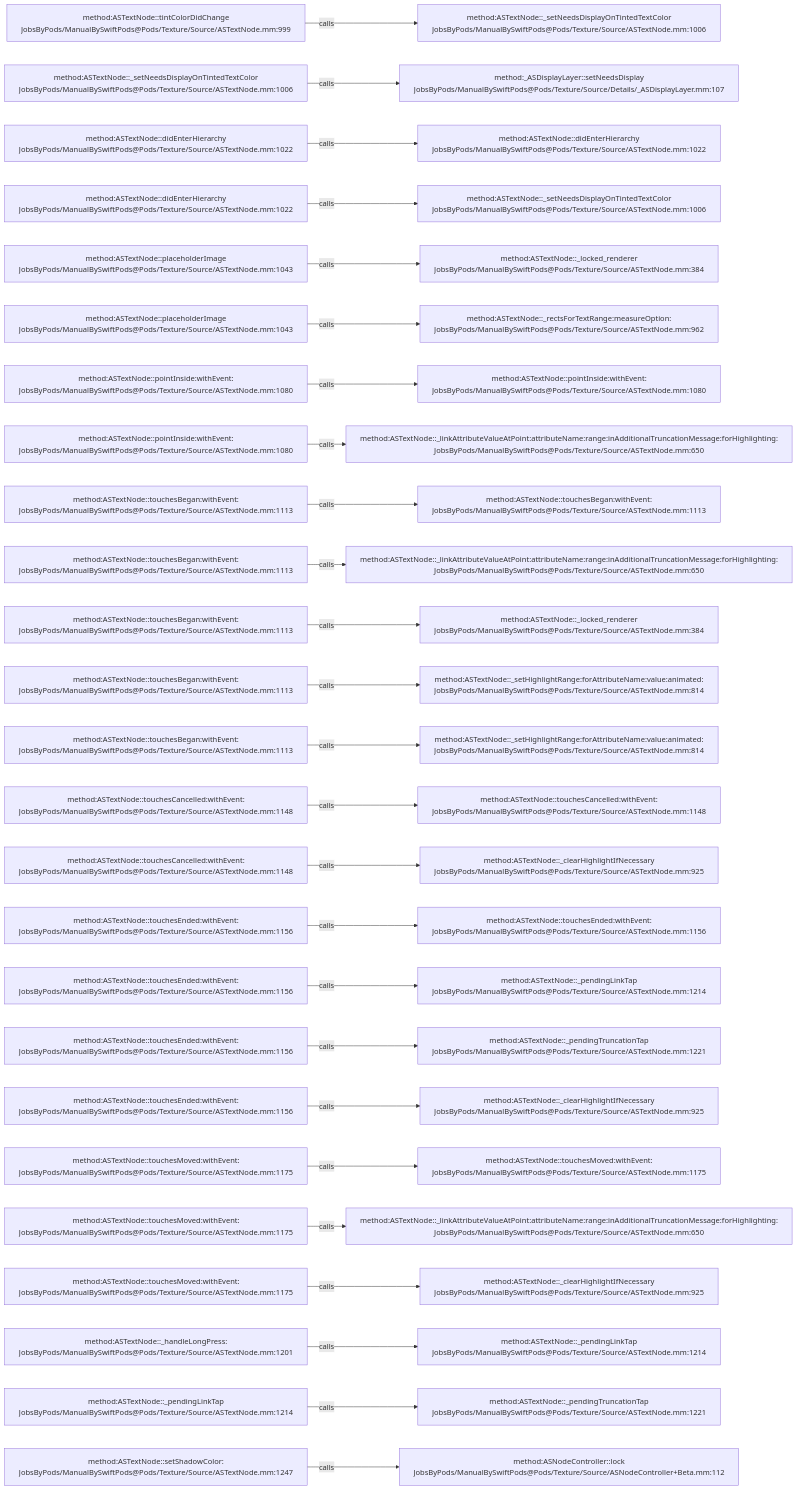
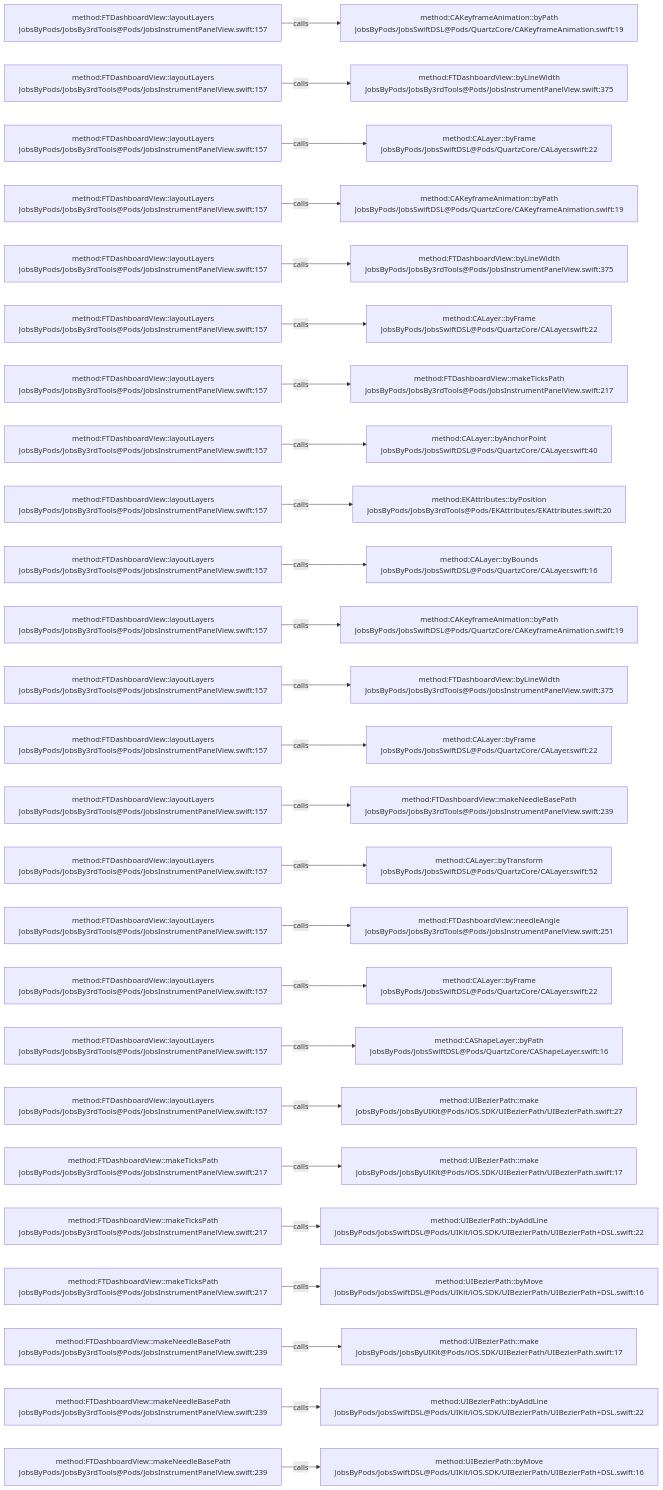
Before and after one commit to JobsKits/JobsSwiftBaseConfigDemo: the diagram in .codegraph/codegraph.md/graphs/calls-068.md, drawn with Mermaid. The commit also changed 224 other files, not shown here.

````diff
--- a/.codegraph/codegraph.md/graphs/calls-068.md
+++ b/.codegraph/codegraph.md/graphs/calls-068.md
@@ -13,78 +13,78 @@
 ```mermaid
 flowchart LR
-  S1["method:ASTextNode::tintColorDidChange<br/>JobsByPods/ManualBySwiftPods@Pods/Texture/Source/ASTextNode.mm:999"]
-  T1["method:ASTextNode::_setNeedsDisplayOnTintedTextColor<br/>JobsByPods/ManualBySwiftPods@Pods/Texture/Source/ASTextNode.mm:1006"]
+  S1["method:FTDashboardView::layoutLayers<br/>JobsByPods/JobsBy3rdTools@Pods/JobsInstrumentPanelView.swift:157"]
+  T1["method:CAKeyframeAnimation::byPath<br/>JobsByPods/JobsSwiftDSL@Pods/QuartzCore/CAKeyframeAnimation.swift:19"]
   S1 -->|calls| T1
-  S2["method:ASTextNode::_setNeedsDisplayOnTintedTextColor<br/>JobsByPods/ManualBySwiftPods@Pods/Texture/Source/ASTextNode.mm:1006"]
-  T2["method:_ASDisplayLayer::setNeedsDisplay<br/>JobsByPods/ManualBySwiftPods@Pods/Texture/Source/Details/_ASDisplayLayer.mm:107"]
+  S2["method:FTDashboardView::layoutLayers<br/>JobsByPods/JobsBy3rdTools@Pods/JobsInstrumentPanelView.swift:157"]
+  T2["method:FTDashboardView::byLineWidth<br/>JobsByPods/JobsBy3rdTools@Pods/JobsInstrumentPanelView.swift:375"]
   S2 -->|calls| T2
-  S3["method:ASTextNode::didEnterHierarchy<br/>JobsByPods/ManualBySwiftPods@Pods/Texture/Source/ASTextNode.mm:1022"]
-  T3["method:ASTextNode::didEnterHierarchy<br/>JobsByPods/ManualBySwiftPods@Pods/Texture/Source/ASTextNode.mm:1022"]
+  S3["method:FTDashboardView::layoutLayers<br/>JobsByPods/JobsBy3rdTools@Pods/JobsInstrumentPanelView.swift:157"]
+  T3["method:CALayer::byFrame<br/>JobsByPods/JobsSwiftDSL@Pods/QuartzCore/CALayer.swift:22"]
   S3 -->|calls| T3
-  S4["method:ASTextNode::didEnterHierarchy<br/>JobsByPods/ManualBySwiftPods@Pods/Texture/Source/ASTextNode.mm:1022"]
-  T4["method:ASTextNode::_setNeedsDisplayOnTintedTextColor<br/>JobsByPods/ManualBySwiftPods@Pods/Texture/Source/ASTextNode.mm:1006"]
+  S4["method:FTDashboardView::layoutLayers<br/>JobsByPods/JobsBy3rdTools@Pods/JobsInstrumentPanelView.swift:157"]
+  T4["method:CAKeyframeAnimation::byPath<br/>JobsByPods/JobsSwiftDSL@Pods/QuartzCore/CAKeyframeAnimation.swift:19"]
   S4 -->|calls| T4
-  S5["method:ASTextNode::placeholderImage<br/>JobsByPods/ManualBySwiftPods@Pods/Texture/Source/ASTextNode.mm:1043"]
-  T5["method:ASTextNode::_locked_renderer<br/>JobsByPods/ManualBySwiftPods@Pods/Texture/Source/ASTextNode.mm:384"]
+  S5["method:FTDashboardView::layoutLayers<br/>JobsByPods/JobsBy3rdTools@Pods/JobsInstrumentPanelView.swift:157"]
+  T5["method:FTDashboardView::byLineWidth<br/>JobsByPods/JobsBy3rdTools@Pods/JobsInstrumentPanelView.swift:375"]
   S5 -->|calls| T5
-  S6["method:ASTextNode::placeholderImage<br/>JobsByPods/ManualBySwiftPods@Pods/Texture/Source/ASTextNode.mm:1043"]
-  T6["method:ASTextNode::_rectsForTextRange:measureOption:<br/>JobsByPods/ManualBySwiftPods@Pods/Texture/Source/ASTextNode.mm:962"]
+  S6["method:FTDashboardView::layoutLayers<br/>JobsByPods/JobsBy3rdTools@Pods/JobsInstrumentPanelView.swift:157"]
+  T6["method:CALayer::byFrame<br/>JobsByPods/JobsSwiftDSL@Pods/QuartzCore/CALayer.swift:22"]
   S6 -->|calls| T6
-  S7["method:ASTextNode::pointInside:withEvent:<br/>JobsByPods/ManualBySwiftPods@Pods/Texture/Source/ASTextNode.mm:1080"]
-  T7["method:ASTextNode::pointInside:withEvent:<br/>JobsByPods/ManualBySwiftPods@Pods/Texture/Source/ASTextNode.mm:1080"]
+  S7["method:FTDashboardView::layoutLayers<br/>JobsByPods/JobsBy3rdTools@Pods/JobsInstrumentPanelView.swift:157"]
+  T7["method:FTDashboardView::makeTicksPath<br/>JobsByPods/JobsBy3rdTools@Pods/JobsInstrumentPanelView.swift:217"]
   S7 -->|calls| T7
-  S8["method:ASTextNode::pointInside:withEvent:<br/>JobsByPods/ManualBySwiftPods@Pods/Texture/Source/ASTextNode.mm:1080"]
-  T8["method:ASTextNode::_linkAttributeValueAtPoint:attributeName:range:inAdditionalTruncationMessage:forHighlighting:<br/>JobsByPods/ManualBySwiftPods@Pods/Texture/Source/ASTextNode.mm:650"]
+  S8["method:FTDashboardView::layoutLayers<br/>JobsByPods/JobsBy3rdTools@Pods/JobsInstrumentPanelView.swift:157"]
+  T8["method:CALayer::byAnchorPoint<br/>JobsByPods/JobsSwiftDSL@Pods/QuartzCore/CALayer.swift:40"]
   S8 -->|calls| T8
-  S9["method:ASTextNode::touchesBegan:withEvent:<br/>JobsByPods/ManualBySwiftPods@Pods/Texture/Source/ASTextNode.mm:1113"]
-  T9["method:ASTextNode::touchesBegan:withEvent:<br/>JobsByPods/ManualBySwiftPods@Pods/Texture/Source/ASTextNode.mm:1113"]
+  S9["method:FTDashboardView::layoutLayers<br/>JobsByPods/JobsBy3rdTools@Pods/JobsInstrumentPanelView.swift:157"]
+  T9["method:EKAttributes::byPosition<br/>JobsByPods/JobsBy3rdTools@Pods/EKAttributes/EKAttributes.swift:20"]
   S9 -->|calls| T9
-  S10["method:ASTextNode::touchesBegan:withEvent:<br/>JobsByPods/ManualBySwiftPods@Pods/Texture/Source/ASTextNode.mm:1113"]
-  T10["method:ASTextNode::_linkAttributeValueAtPoint:attributeName:range:inAdditionalTruncationMessage:forHighlighting:<br/>JobsByPods/ManualBySwiftPods@Pods/Texture/Source/ASTextNode.mm:650"]
+  S10["method:FTDashboardView::layoutLayers<br/>JobsByPods/JobsBy3rdTools@Pods/JobsInstrumentPanelView.swift:157"]
+  T10["method:CALayer::byBounds<br/>JobsByPods/JobsSwiftDSL@Pods/QuartzCore/CALayer.swift:16"]
   S10 -->|calls| T10
-  S11["method:ASTextNode::touchesBegan:withEvent:<br/>JobsByPods/ManualBySwiftPods@Pods/Texture/Source/ASTextNode.mm:1113"]
-  T11["method:ASTextNode::_locked_renderer<br/>JobsByPods/ManualBySwiftPods@Pods/Texture/Source/ASTextNode.mm:384"]
+  S11["method:FTDashboardView::layoutLayers<br/>JobsByPods/JobsBy3rdTools@Pods/JobsInstrumentPanelView.swift:157"]
+  T11["method:CAKeyframeAnimation::byPath<br/>JobsByPods/JobsSwiftDSL@Pods/QuartzCore/CAKeyframeAnimation.swift:19"]
   S11 -->|calls| T11
-  S12["method:ASTextNode::touchesBegan:withEvent:<br/>JobsByPods/ManualBySwiftPods@Pods/Texture/Source/ASTextNode.mm:1113"]
-  T12["method:ASTextNode::_setHighlightRange:forAttributeName:value:animated:<br/>JobsByPods/ManualBySwiftPods@Pods/Texture/Source/ASTextNode.mm:814"]
+  S12["method:FTDashboardView::layoutLayers<br/>JobsByPods/JobsBy3rdTools@Pods/JobsInstrumentPanelView.swift:157"]
+  T12["method:FTDashboardView::byLineWidth<br/>JobsByPods/JobsBy3rdTools@Pods/JobsInstrumentPanelView.swift:375"]
   S12 -->|calls| T12
-  S13["method:ASTextNode::touchesBegan:withEvent:<br/>JobsByPods/ManualBySwiftPods@Pods/Texture/Source/ASTextNode.mm:1113"]
-  T13["method:ASTextNode::_setHighlightRange:forAttributeName:value:animated:<br/>JobsByPods/ManualBySwiftPods@Pods/Texture/Source/ASTextNode.mm:814"]
+  S13["method:FTDashboardView::layoutLayers<br/>JobsByPods/JobsBy3rdTools@Pods/JobsInstrumentPanelView.swift:157"]
+  T13["method:CALayer::byFrame<br/>JobsByPods/JobsSwiftDSL@Pods/QuartzCore/CALayer.swift:22"]
   S13 -->|calls| T13
-  S14["method:ASTextNode::touchesCancelled:withEvent:<br/>JobsByPods/ManualBySwiftPods@Pods/Texture/Source/ASTextNode.mm:1148"]
-  T14["method:ASTextNode::touchesCancelled:withEvent:<br/>JobsByPods/ManualBySwiftPods@Pods/Texture/Source/ASTextNode.mm:1148"]
+  S14["method:FTDashboardView::layoutLayers<br/>JobsByPods/JobsBy3rdTools@Pods/JobsInstrumentPanelView.swift:157"]
+  T14["method:FTDashboardView::makeNeedleBasePath<br/>JobsByPods/JobsBy3rdTools@Pods/JobsInstrumentPanelView.swift:239"]
   S14 -->|calls| T14
-  S15["method:ASTextNode::touchesCancelled:withEvent:<br/>JobsByPods/ManualBySwiftPods@Pods/Texture/Source/ASTextNode.mm:1148"]
-  T15["method:ASTextNode::_clearHighlightIfNecessary<br/>JobsByPods/ManualBySwiftPods@Pods/Texture/Source/ASTextNode.mm:925"]
+  S15["method:FTDashboardView::layoutLayers<br/>JobsByPods/JobsBy3rdTools@Pods/JobsInstrumentPanelView.swift:157"]
+  T15["method:CALayer::byTransform<br/>JobsByPods/JobsSwiftDSL@Pods/QuartzCore/CALayer.swift:52"]
   S15 -->|calls| T15
-  S16["method:ASTextNode::touchesEnded:withEvent:<br/>JobsByPods/ManualBySwiftPods@Pods/Texture/Source/ASTextNode.mm:1156"]
-  T16["method:ASTextNode::touchesEnded:withEvent:<br/>JobsByPods/ManualBySwiftPods@Pods/Texture/Source/ASTextNode.mm:1156"]
+  S16["method:FTDashboardView::layoutLayers<br/>JobsByPods/JobsBy3rdTools@Pods/JobsInstrumentPanelView.swift:157"]
+  T16["method:FTDashboardView::needleAngle<br/>JobsByPods/JobsBy3rdTools@Pods/JobsInstrumentPanelView.swift:251"]
   S16 -->|calls| T16
-  S17["method:ASTextNode::touchesEnded:withEvent:<br/>JobsByPods/ManualBySwiftPods@Pods/Texture/Source/ASTextNode.mm:1156"]
-  T17["method:ASTextNode::_pendingLinkTap<br/>JobsByPods/ManualBySwiftPods@Pods/Texture/Source/ASTextNode.mm:1214"]
+  S17["method:FTDashboardView::layoutLayers<br/>JobsByPods/JobsBy3rdTools@Pods/JobsInstrumentPanelView.swift:157"]
+  T17["method:CALayer::byFrame<br/>JobsByPods/JobsSwiftDSL@Pods/QuartzCore/CALayer.swift:22"]
   S17 -->|calls| T17
-  S18["method:ASTextNode::touchesEnded:withEvent:<br/>JobsByPods/ManualBySwiftPods@Pods/Texture/Source/ASTextNode.mm:1156"]
-  T18["method:ASTextNode::_pendingTruncationTap<br/>JobsByPods/ManualBySwiftPods@Pods/Texture/Source/ASTextNode.mm:1221"]
+  S18["method:FTDashboardView::layoutLayers<br/>JobsByPods/JobsBy3rdTools@Pods/JobsInstrumentPanelView.swift:157"]
+  T18["method:CAShapeLayer::byPath<br/>JobsByPods/JobsSwiftDSL@Pods/QuartzCore/CAShapeLayer.swift:16"]
   S18 -->|calls| T18
-  S19["method:ASTextNode::touchesEnded:withEvent:<br/>JobsByPods/ManualBySwiftPods@Pods/Texture/Source/ASTextNode.mm:1156"]
-  T19["method:ASTextNode::_clearHighlightIfNecessary<br/>JobsByPods/ManualBySwiftPods@Pods/Texture/Source/ASTextNode.mm:925"]
+  S19["method:FTDashboardView::layoutLayers<br/>JobsByPods/JobsBy3rdTools@Pods/JobsInstrumentPanelView.swift:157"]
+  T19["method:UIBezierPath::make<br/>JobsByPods/JobsByUIKit@Pods/iOS.SDK/UIBezierPath/UIBezierPath.swift:27"]
   S19 -->|calls| T19
-  S20["method:ASTextNode::touchesMoved:withEvent:<br/>JobsByPods/ManualBySwiftPods@Pods/Texture/Source/ASTextNode.mm:1175"]
-  T20["method:ASTextNode::touchesMoved:withEvent:<br/>JobsByPods/ManualBySwiftPods@Pods/Texture/Source/ASTextNode.mm:1175"]
+  S20["method:FTDashboardView::makeTicksPath<br/>JobsByPods/JobsBy3rdTools@Pods/JobsInstrumentPanelView.swift:217"]
+  T20["method:UIBezierPath::make<br/>JobsByPods/JobsByUIKit@Pods/iOS.SDK/UIBezierPath/UIBezierPath.swift:17"]
   S20 -->|calls| T20
-  S21["method:ASTextNode::touchesMoved:withEvent:<br/>JobsByPods/ManualBySwiftPods@Pods/Texture/Source/ASTextNode.mm:1175"]
-  T21["method:ASTextNode::_linkAttributeValueAtPoint:attributeName:range:inAdditionalTruncationMessage:forHighlighting:<br/>JobsByPods/ManualBySwiftPods@Pods/Texture/Source/ASTextNode.mm:650"]
+  S21["method:FTDashboardView::makeTicksPath<br/>JobsByPods/JobsBy3rdTools@Pods/JobsInstrumentPanelView.swift:217"]
+  T21["method:UIBezierPath::byAddLine<br/>JobsByPods/JobsSwiftDSL@Pods/UIKit/iOS.SDK/UIBezierPath/UIBezierPath+DSL.swift:22"]
   S21 -->|calls| T21
-  S22["method:ASTextNode::touchesMoved:withEvent:<br/>JobsByPods/ManualBySwiftPods@Pods/Texture/Source/ASTextNode.mm:1175"]
-  T22["method:ASTextNode::_clearHighlightIfNecessary<br/>JobsByPods/ManualBySwiftPods@Pods/Texture/Source/ASTextNode.mm:925"]
+  S22["method:FTDashboardView::makeTicksPath<br/>JobsByPods/JobsBy3rdTools@Pods/JobsInstrumentPanelView.swift:217"]
+  T22["method:UIBezierPath::byMove<br/>JobsByPods/JobsSwiftDSL@Pods/UIKit/iOS.SDK/UIBezierPath/UIBezierPath+DSL.swift:16"]
   S22 -->|calls| T22
-  S23["method:ASTextNode::_handleLongPress:<br/>JobsByPods/ManualBySwiftPods@Pods/Texture/Source/ASTextNode.mm:1201"]
-  T23["method:ASTextNode::_pendingLinkTap<br/>JobsByPods/ManualBySwiftPods@Pods/Texture/Source/ASTextNode.mm:1214"]
+  S23["method:FTDashboardView::makeNeedleBasePath<br/>JobsByPods/JobsBy3rdTools@Pods/JobsInstrumentPanelView.swift:239"]
+  T23["method:UIBezierPath::make<br/>JobsByPods/JobsByUIKit@Pods/iOS.SDK/UIBezierPath/UIBezierPath.swift:17"]
   S23 -->|calls| T23
-  S24["method:ASTextNode::_pendingLinkTap<br/>JobsByPods/ManualBySwiftPods@Pods/Texture/Source/ASTextNode.mm:1214"]
-  T24["method:ASTextNode::_pendingTruncationTap<br/>JobsByPods/ManualBySwiftPods@Pods/Texture/Source/ASTextNode.mm:1221"]
+  S24["method:FTDashboardView::makeNeedleBasePath<br/>JobsByPods/JobsBy3rdTools@Pods/JobsInstrumentPanelView.swift:239"]
+  T24["method:UIBezierPath::byAddLine<br/>JobsByPods/JobsSwiftDSL@Pods/UIKit/iOS.SDK/UIBezierPath/UIBezierPath+DSL.swift:22"]
   S24 -->|calls| T24
-  S25["method:ASTextNode::setShadowColor:<br/>JobsByPods/ManualBySwiftPods@Pods/Texture/Source/ASTextNode.mm:1247"]
-  T25["method:ASNodeController::lock<br/>JobsByPods/ManualBySwiftPods@Pods/Texture/Source/ASNodeController+Beta.mm:112"]
+  S25["method:FTDashboardView::makeNeedleBasePath<br/>JobsByPods/JobsBy3rdTools@Pods/JobsInstrumentPanelView.swift:239"]
+  T25["method:UIBezierPath::byMove<br/>JobsByPods/JobsSwiftDSL@Pods/UIKit/iOS.SDK/UIBezierPath/UIBezierPath+DSL.swift:16"]
   S25 -->|calls| T25
 ```
````
